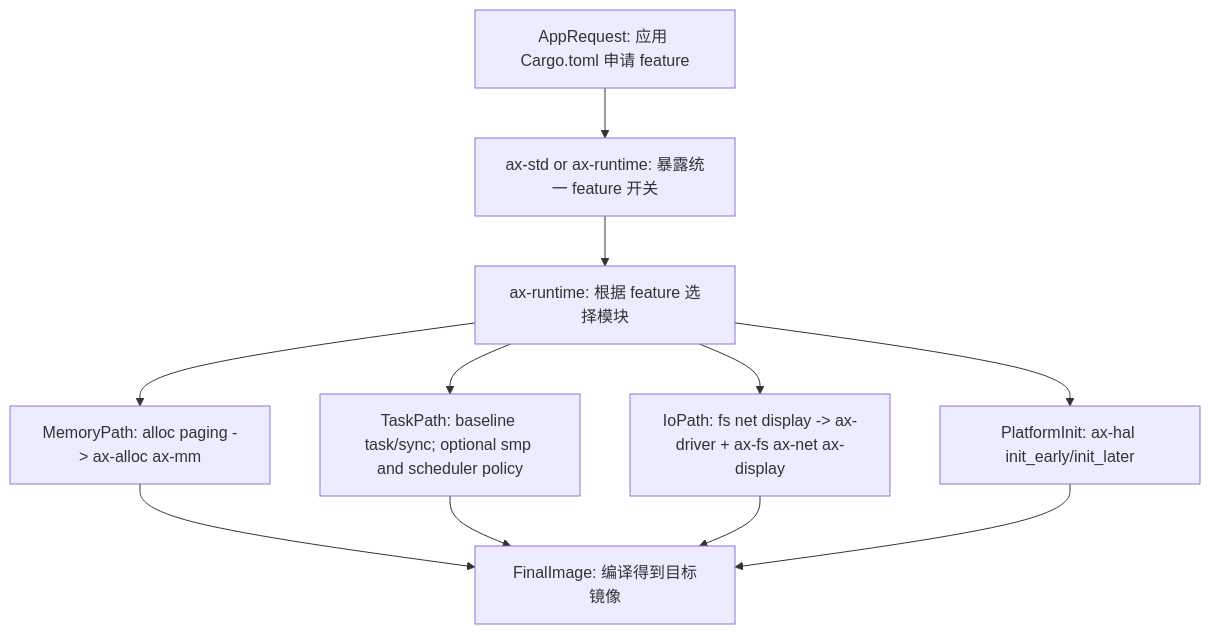
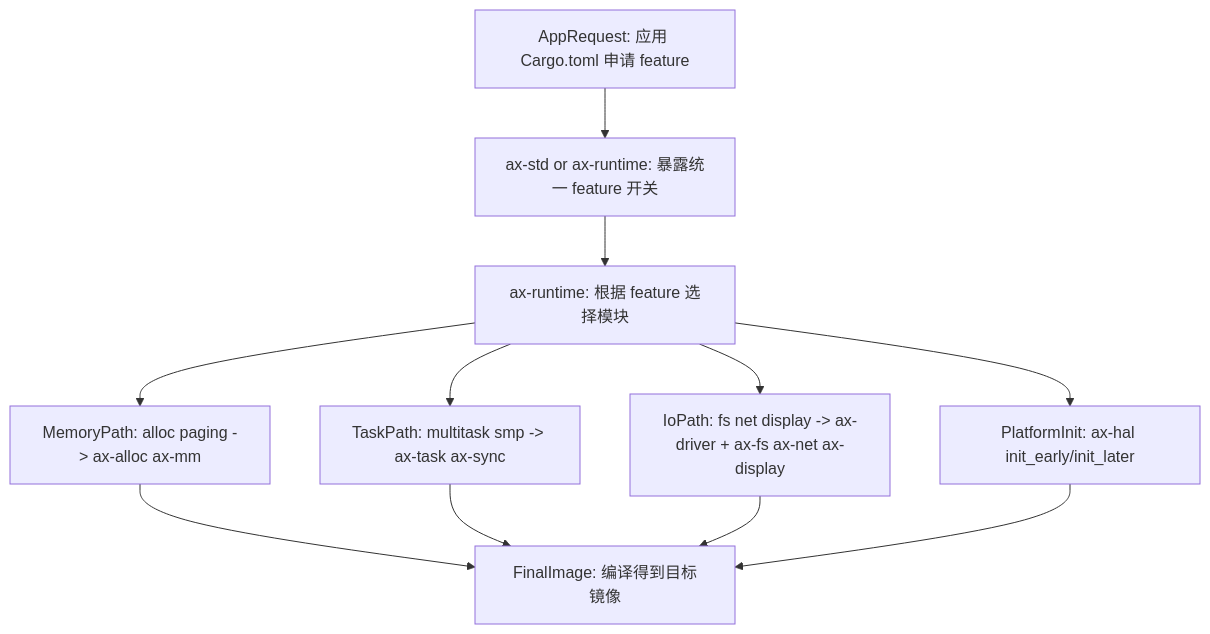
The second of 5 diagrams in docs/docs/architecture/arceos/overview.md (Dirinkbottle/tgoskits), drawn with Mermaid before and after one commit. The commit also changed other lines of this file and 3840 other files, not shown here.

````diff
--- a/docs/docs/architecture/arceos/overview.md
+++ b/docs/docs/architecture/arceos/overview.md
@@ -126,22 +130,22 @@
 ```mermaid
 flowchart TD
     appRequest["AppRequest: 应用 Cargo.toml 申请 feature"]
     axstdAxfeat["ax-std or ax-runtime: 暴露统一 feature 开关"]
     runtimeGate["ax-runtime: 根据 feature 选择模块"]
     memPath["MemoryPath: alloc paging -> ax-alloc ax-mm"]
-    taskPath["TaskPath: baseline task/sync; optional smp and scheduler policy"]
+    taskPath["TaskPath: multitask smp -> ax-task ax-sync"]
     ioPath["IoPath: fs net display -> ax-driver + ax-fs ax-net ax-display"]
     platformInit["PlatformInit: ax-hal init_early/init_later"]
     finalImage["FinalImage: 编译得到目标镜像"]
 
     appRequest --> axstdAxfeat
     axstdAxfeat --> runtimeGate
     runtimeGate --> memPath
     runtimeGate --> taskPath
     runtimeGate --> ioPath
     runtimeGate --> platformInit
     memPath --> finalImage
     taskPath --> finalImage
     ioPath --> finalImage
     platformInit --> finalImage
 ```
````
